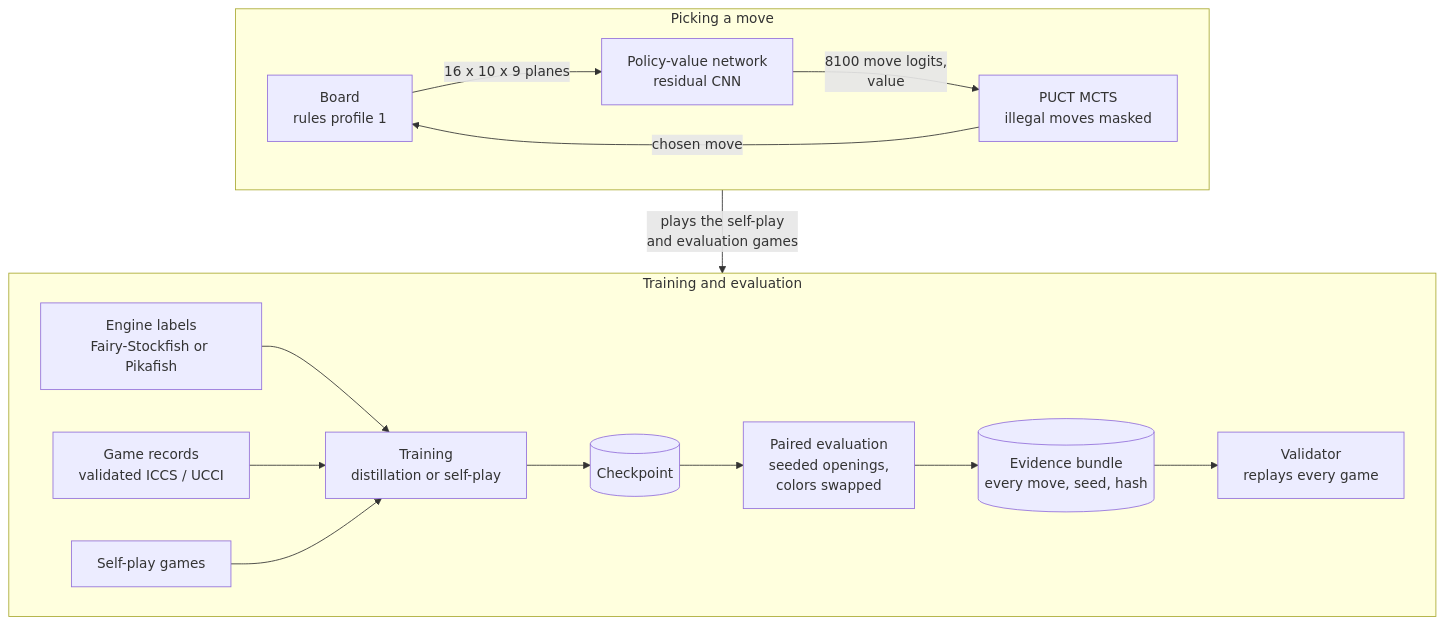
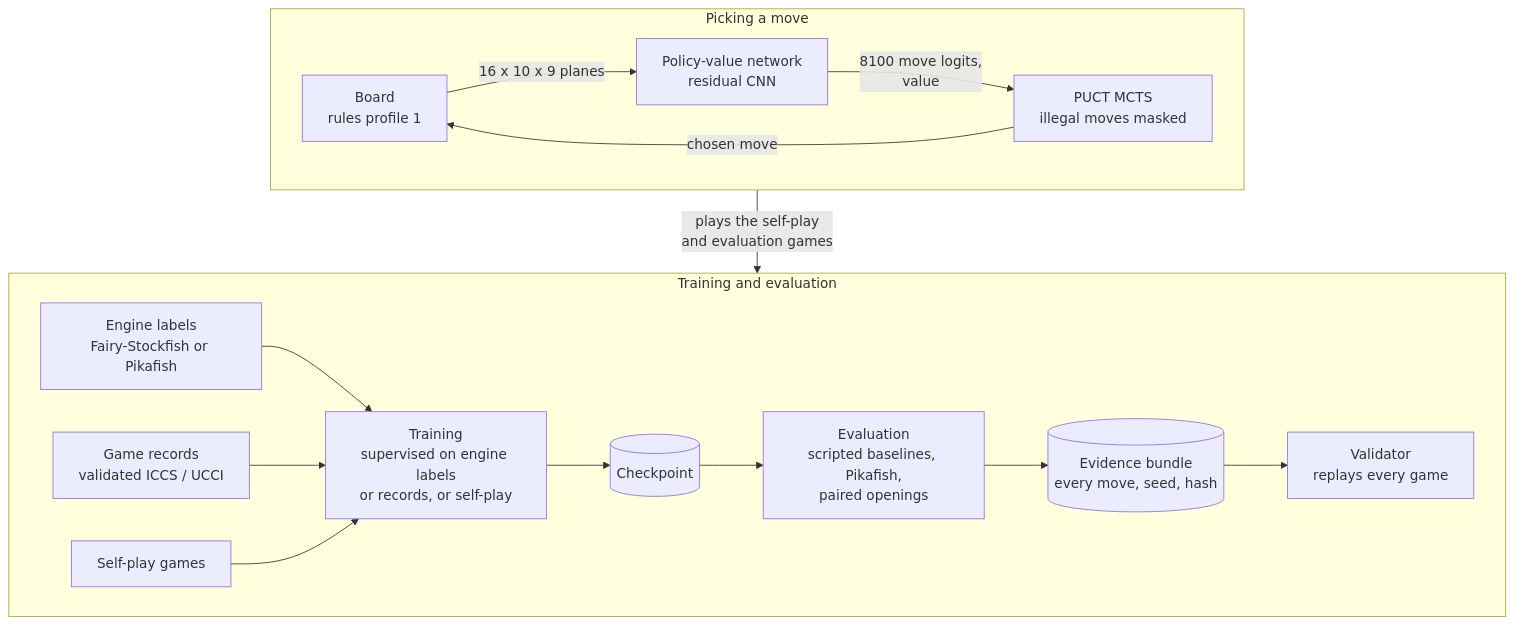
Before and after one commit to hskl18/cc-lite: the diagram in docs/architecture.mmd, drawn with Mermaid. The commit also changed 6 other files, not shown here.

Commit message:
docs: correct the diagram and its description after review

```diff
--- a/docs/architecture.mmd
+++ b/docs/architecture.mmd
@@ -1,19 +1,19 @@
 flowchart TB
   subgraph play["Picking a move"]
     direction LR
     Board["Board<br/>rules profile 1"] -->|"16 x 10 x 9 planes"| Net["Policy-value network<br/>residual CNN"]
     Net -->|"8100 move logits,<br/>value"| MCTS["PUCT MCTS<br/>illegal moves masked"]
     MCTS -->|"chosen move"| Board
   end
   subgraph learn["Training and evaluation"]
     direction LR
-    Engine["Engine labels<br/>Fairy-Stockfish or Pikafish"] --> Train["Training<br/>distillation or self-play"]
+    Engine["Engine labels<br/>Fairy-Stockfish or Pikafish"] --> Train["Training<br/>supervised on engine labels<br/>or records, or self-play"]
     Records["Game records<br/>validated ICCS / UCCI"] --> Train
     SelfPlay["Self-play games"] --> Train
     Train --> Ckpt[("Checkpoint")]
-    Ckpt --> Eval["Paired evaluation<br/>seeded openings,<br/>colors swapped"]
+    Ckpt --> Eval["Evaluation<br/>scripted baselines, Pikafish,<br/>paired openings"]
     Eval --> Bundle[("Evidence bundle<br/>every move, seed, hash")]
     Bundle --> Validator["Validator<br/>replays every game"]
   end
   play -->|"plays the self-play<br/>and evaluation games"| learn
 %% Edit this file; the owner renders architecture-light.svg and architecture-dark.svg from it with a shared theme.
```
